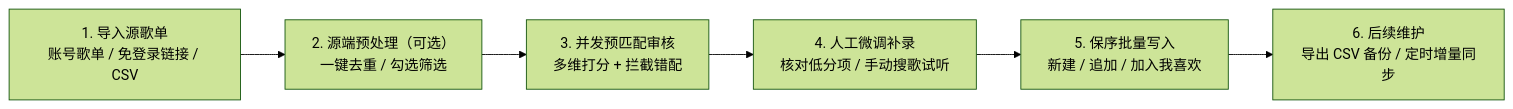
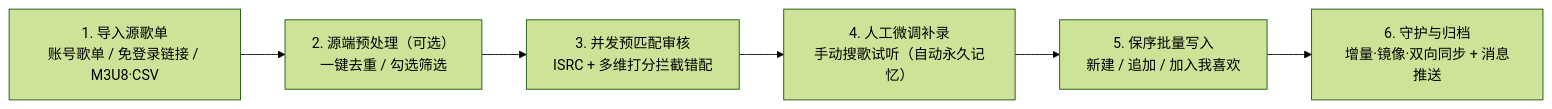
The diagram in README.md (AtomBoyC/switch-music), drawn with Mermaid (forest theme) before and after one commit. The commit also changed other lines of this file and 28 other files, not shown here.

````diff
--- a/README.md
+++ b/README.md
@@ -251,8 +273,8 @@
 ```mermaid
 flowchart LR
-    A["1. 导入源歌单<br/>账号歌单 / 免登录链接 / CSV"] --> B["2. 源端预处理（可选）<br/>一键去重 / 勾选筛选"]
-    B --> C["3. 并发预匹配审核<br/>多维打分 + 拦截错配"]
-    C --> D["4. 人工微调补录<br/>核对低分项 / 手动搜歌试听"]
+    A["1. 导入源歌单<br/>账号歌单 / 免登录链接 / M3U8·CSV"] --> B["2. 源端预处理（可选）<br/>一键去重 / 勾选筛选"]
+    B --> C["3. 并发预匹配审核<br/>ISRC + 多维打分拦截错配"]
+    C --> D["4. 人工微调补录<br/>手动搜歌试听（自动永久记忆）"]
     D --> E["5. 保序批量写入<br/>新建 / 追加 / 加入我喜欢"]
-    E --> F["6. 后续维护<br/>导出 CSV 备份 / 定时增量同步"]
+    E --> F["6. 守护与归档<br/>增量·镜像·双向同步 + 消息推送"]
 ```
````
